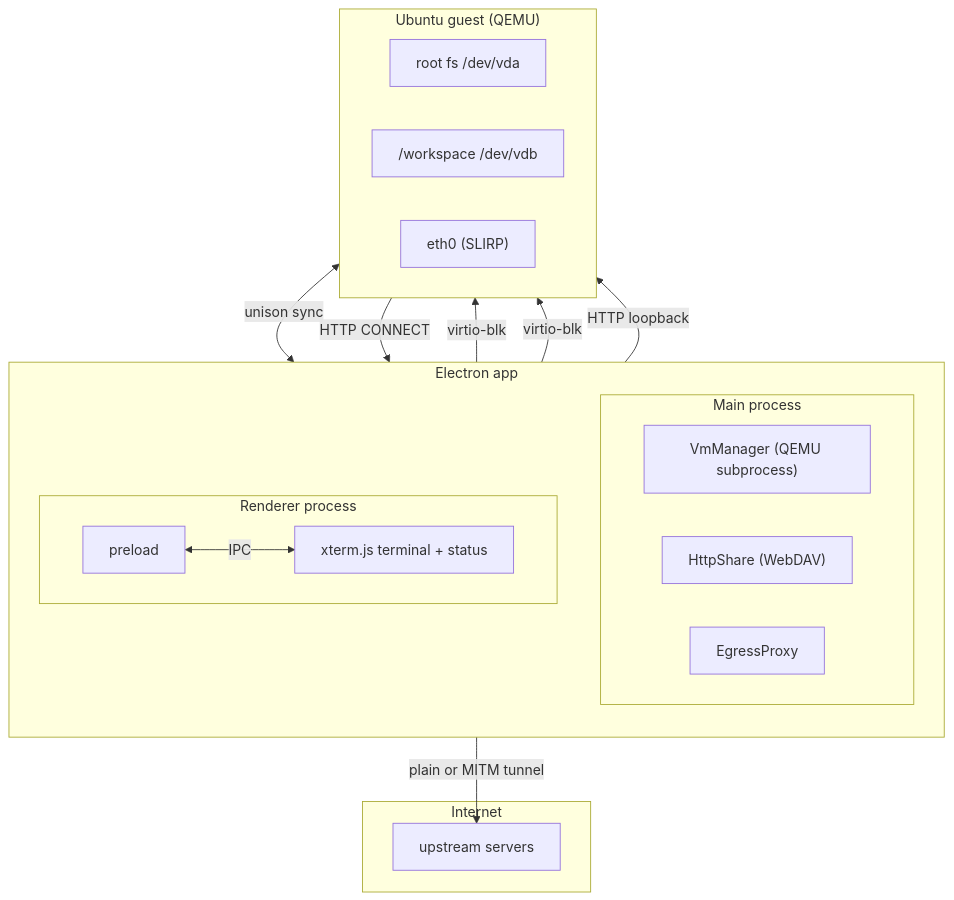
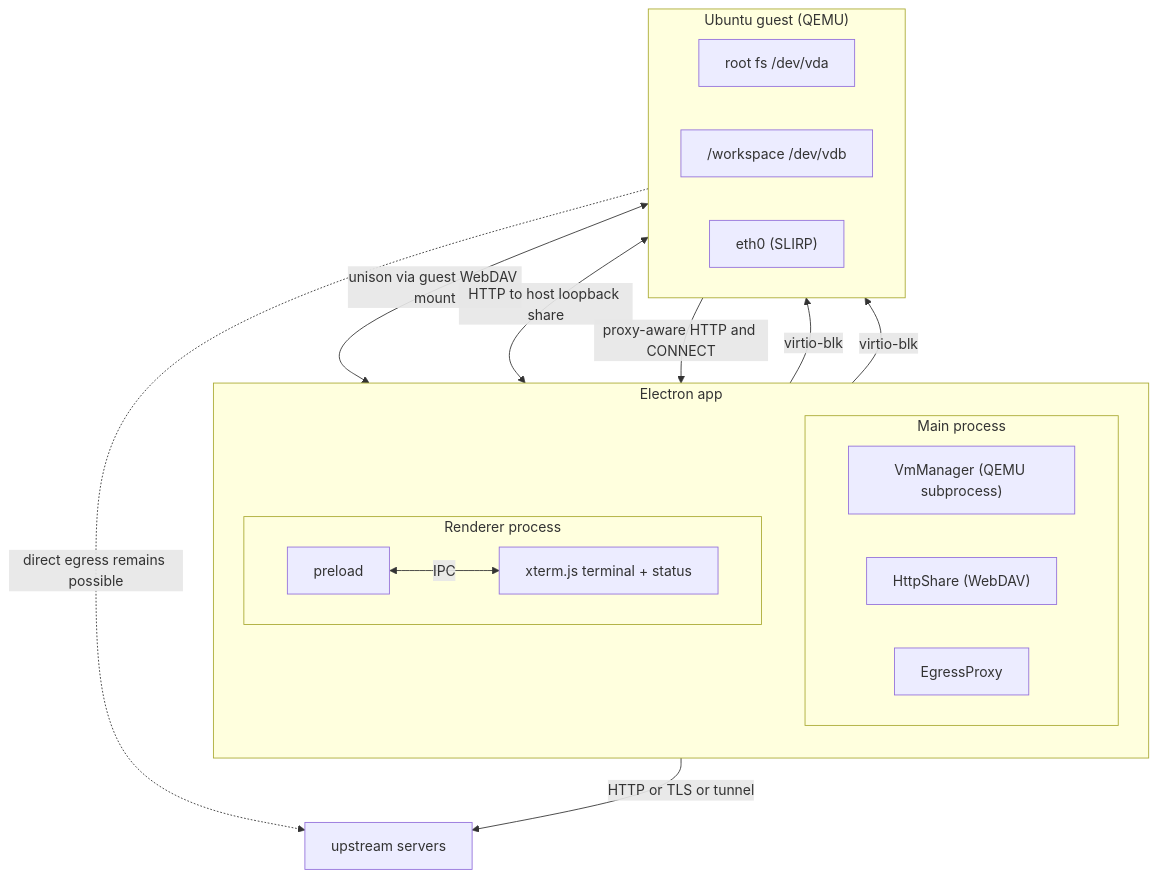
Before and after one commit to semidark/valencebox: the diagram in sandbox/README.md, drawn with Mermaid. The commit also changed other lines of this file and 17 other files, not shown here.

````diff
--- a/sandbox/README.md
+++ b/sandbox/README.md
@@ -10,37 +11,32 @@
 ```mermaid
 flowchart TB
     subgraph App["Electron app"]
         direction TB
         subgraph Host["Main process"]
             direction LR
             VM["VmManager (QEMU subprocess)"]
             Share["HttpShare (WebDAV)"]
             Proxy["EgressProxy"]
         end
-
         subgraph Render["Renderer process"]
             direction LR
             Preload["preload"]
             Renderer["xterm.js terminal + status"]
         end
     end
-
     subgraph Guest["Ubuntu guest (QEMU)"]
         direction LR
         Root["root fs /dev/vda"]
         Work["/workspace /dev/vdb"]
         Net["eth0 (SLIRP)"]
     end
-
-    subgraph Upstream["Internet"]
-        UpstreamHost["upstream servers"]
-    end
-
+    UpstreamHost["upstream servers"]
     Preload <-->|IPC| Renderer
     VM -->|virtio-blk| Root
     VM -->|virtio-blk| Work
-    Share -->|HTTP loopback| Net
-    Work <-->|unison sync| Share
-    Net -->|HTTP CONNECT| Proxy
-    Proxy -->|plain or MITM tunnel| UpstreamHost
+    Work <-->|unison via guest WebDAV mount| Share
+    Net <-->|HTTP to host loopback share| Share
+    Net -->|proxy-aware HTTP and CONNECT| Proxy
+    Proxy -->|HTTP or TLS or tunnel| UpstreamHost
+    Net -.->|direct egress remains possible| UpstreamHost
 ```
````
